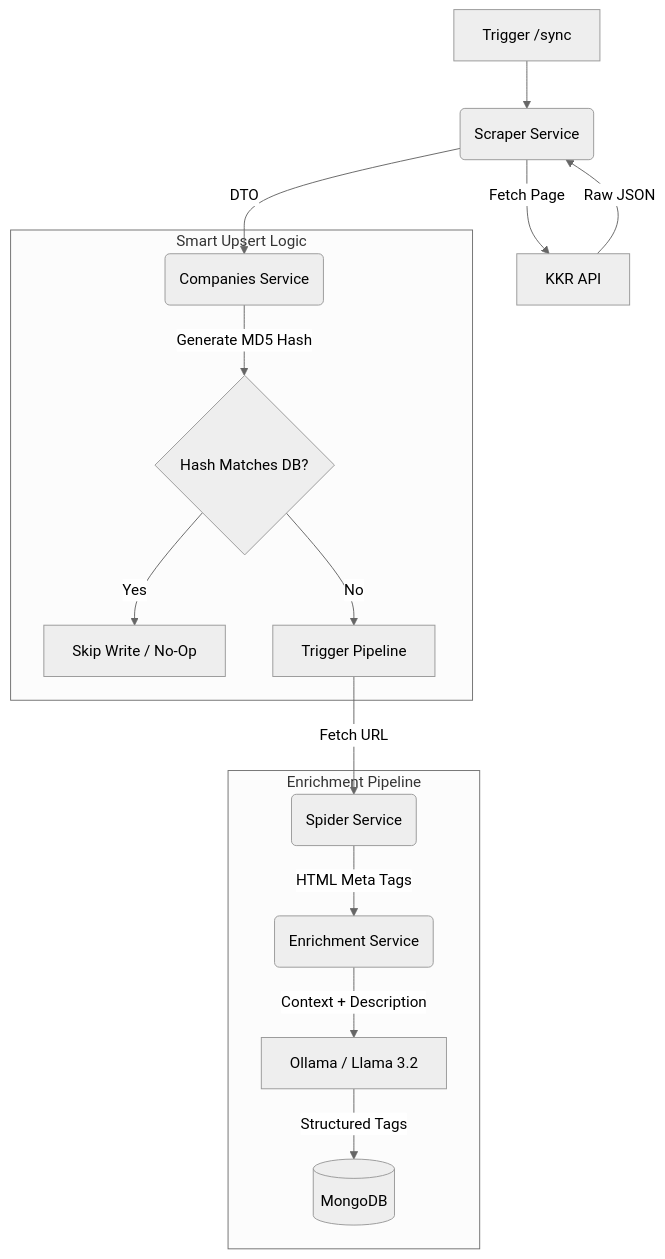
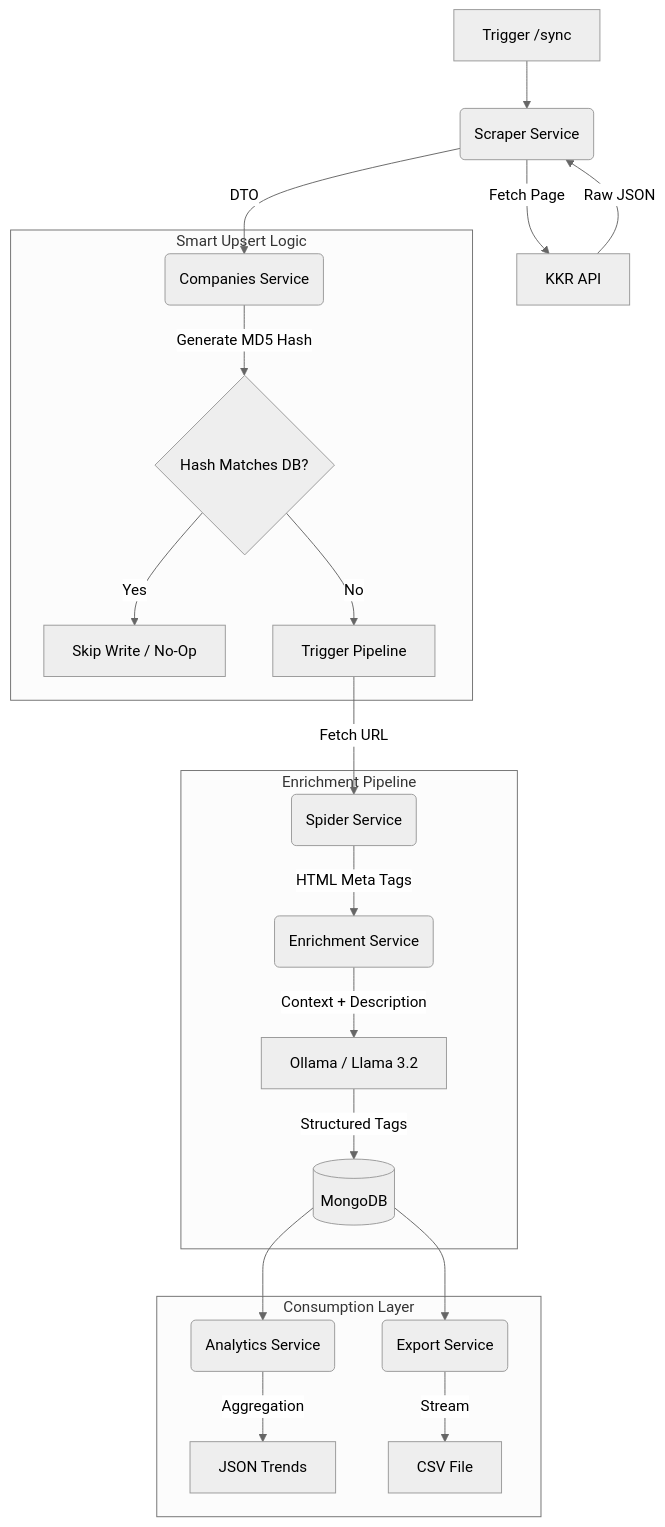
One commit to Hauntz45/kkr-repository-service changed the diagram in ARCHITECTURE.md. Above: the diagram before and after it, drawn with Mermaid (neutral theme). The commit also changed other lines of this file and 11 other files, not shown here.

Commit message:
Feat: Implement multi-dimensional analytics trends

````diff
--- a/ARCHITECTURE.md
+++ b/ARCHITECTURE.md
@@ -8,20 +8,27 @@
 ```mermaid
 graph TD
     A[Trigger /sync] --> B(Scraper Service)
     B -->|Fetch Page| C[KKR API]
     C -->|Raw JSON| B
     B -->|DTO| D(Companies Service)
     
     subgraph "Smart Upsert Logic"
     D -->|Generate MD5 Hash| E{Hash Matches DB?}
     E -- Yes --> F[Skip Write / No-Op]
     E -- No --> G[Trigger Pipeline]
     end
 
     subgraph "Enrichment Pipeline"
     G -->|Fetch URL| H(Spider Service)
     H -->|HTML Meta Tags| I(Enrichment Service)
     I -->|Context + Description| J[Ollama / Llama 3.2]
     J -->|Structured Tags| K[(MongoDB)]
     end
+
+    subgraph "Consumption Layer"
+    K --> L(Analytics Service)
+    L -->|Aggregation| M[JSON Trends]
+    K --> N(Export Service)
+    N -->|Stream| O[CSV File]
+    end
 ```
````
